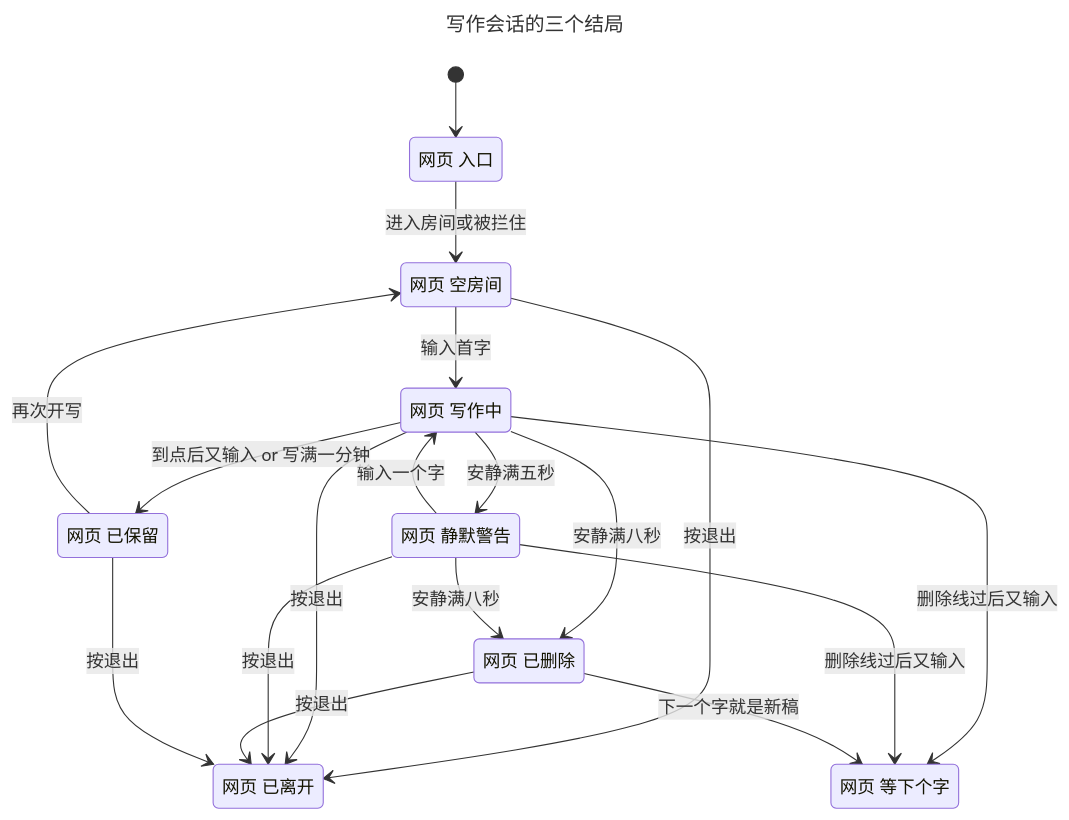
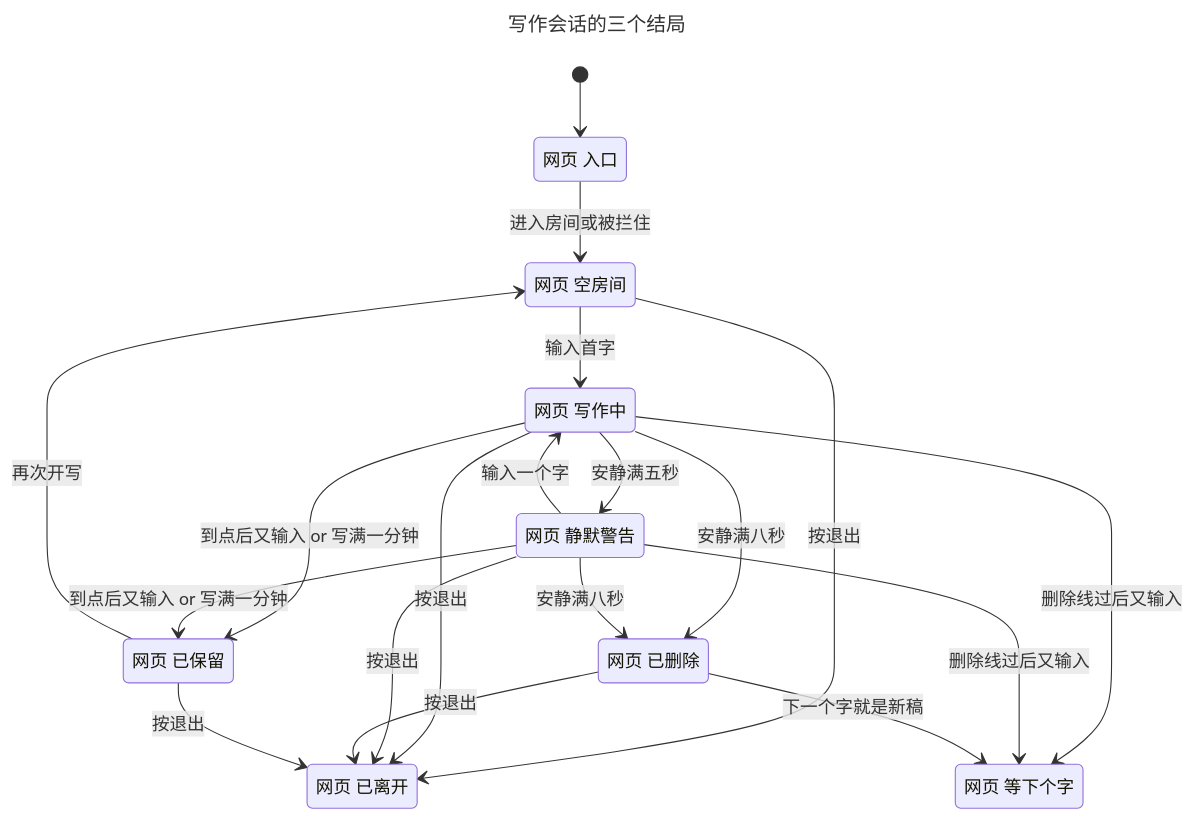
One commit to ichts/zerodraft changed the diagram in .pi/skills/verify-writing-deadlines/chart.mmd. Above: the diagram before and after it, drawn with Mermaid. The commit also changed 8 other files, not shown here.

Commit message:
no-mistakes(review): Model fresh-draft clock, add warn-to-kept chart arrow

```diff
--- a/.pi/skills/verify-writing-deadlines/chart.mmd
+++ b/.pi/skills/verify-writing-deadlines/chart.mmd
@@ -1,29 +1,30 @@
 ---
 title: "写作会话的三个结局"
 ---
 stateDiagram-v2
   s0: 网页 入口
   s1: 网页 空房间
   s2: 网页 已离开
   s3: 网页 写作中
   s4: 网页 等下个字
   s5: 网页 静默警告
   s6: 网页 已删除
   s7: 网页 已保留
   [*] --> s0
   s0 --> s1: 进入房间或被拦住
   s1 --> s2: 按退出
   s1 --> s3: 输入首字
   s3 --> s2: 按退出
   s3 --> s4: 删除线过后又输入
   s3 --> s5: 安静满五秒
   s3 --> s6: 安静满八秒
   s5 --> s4: 删除线过后又输入
   s5 --> s6: 安静满八秒
   s5 --> s3: 输入一个字
   s5 --> s2: 按退出
   s6 --> s2: 按退出
   s6 --> s4: 下一个字就是新稿
   s3 --> s7: 到点后又输入 or 写满一分钟
   s7 --> s1: 再次开写
   s7 --> s2: 按退出
+  s5 --> s7: 到点后又输入 or 写满一分钟
```
